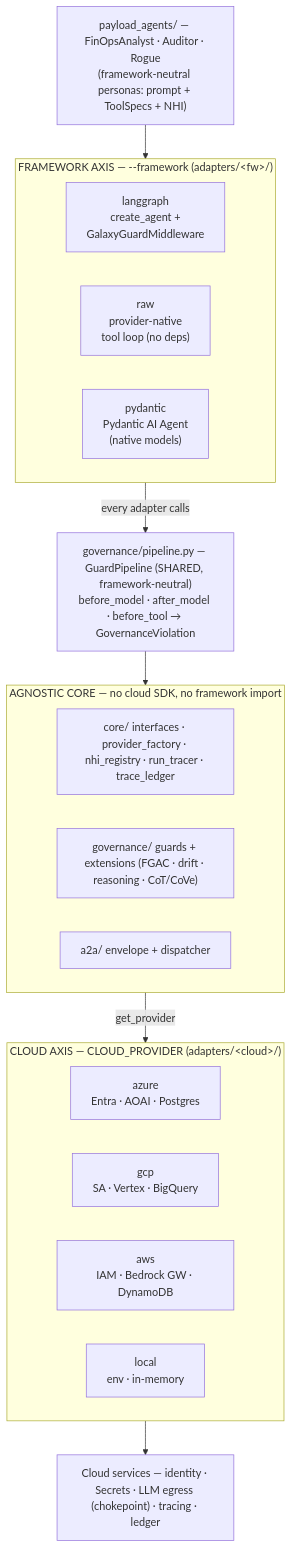
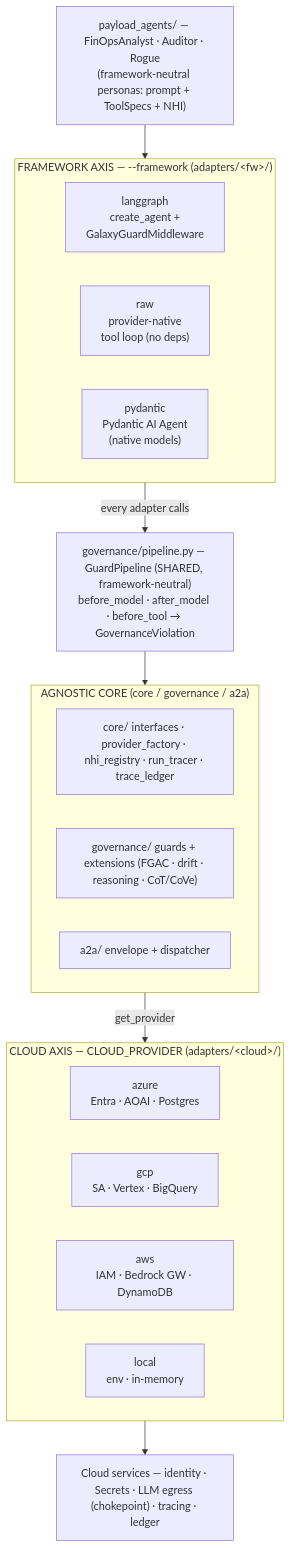
Before and after one commit to rlpatrao/agent-gov-sec: the first of 2 diagrams in docs/architecture-framework-aws.md, drawn with Mermaid. The commit also changed other lines of this file and 2 other files, not shown here.

````diff
--- a/docs/architecture-framework-aws.md
+++ b/docs/architecture-framework-aws.md
@@ -58,36 +57,36 @@
 ```mermaid
 flowchart TB
     P["payload_agents/ — FinOpsAnalyst · Auditor · Rogue<br/>(framework-neutral personas: prompt + ToolSpecs + NHI)"]
 
     subgraph FW["FRAMEWORK AXIS — --framework  (adapters/&lt;fw&gt;/)"]
       direction LR
       LG["langgraph<br/>create_agent +<br/>GalaxyGuardMiddleware"]
       RAW["raw<br/>provider-native<br/>tool loop (no deps)"]
       PYD["pydantic<br/>Pydantic AI Agent<br/>(native models)"]
     end
 
     GP["governance/pipeline.py — GuardPipeline (SHARED, framework-neutral)<br/>before_model · after_model · before_tool → GovernanceViolation"]
 
-    subgraph CORE["AGNOSTIC CORE — no cloud SDK, no framework import"]
+    subgraph CORE["AGNOSTIC CORE (core / governance / a2a)"]
       direction LR
       C1["core/ interfaces · provider_factory · nhi_registry · run_tracer · trace_ledger"]
       C2["governance/ guards + extensions (FGAC · drift · reasoning · CoT/CoVe)"]
       C3["a2a/ envelope + dispatcher"]
     end
 
     subgraph CL["CLOUD AXIS — CLOUD_PROVIDER  (adapters/&lt;cloud&gt;/)"]
       direction LR
       AZ["azure<br/>Entra · AOAI · Postgres"]
       GC["gcp<br/>SA · Vertex · BigQuery"]
       AW["aws<br/>IAM · Bedrock GW · DynamoDB"]
       LO["local<br/>env · in-memory"]
     end
 
     EXT["Cloud services — identity · Secrets · LLM egress (chokepoint) · tracing · ledger"]
 
     P --> FW
     FW -->|every adapter calls| GP
     GP --> CORE
     CORE -->|get_provider| CL
     CL --> EXT
 ```
````
